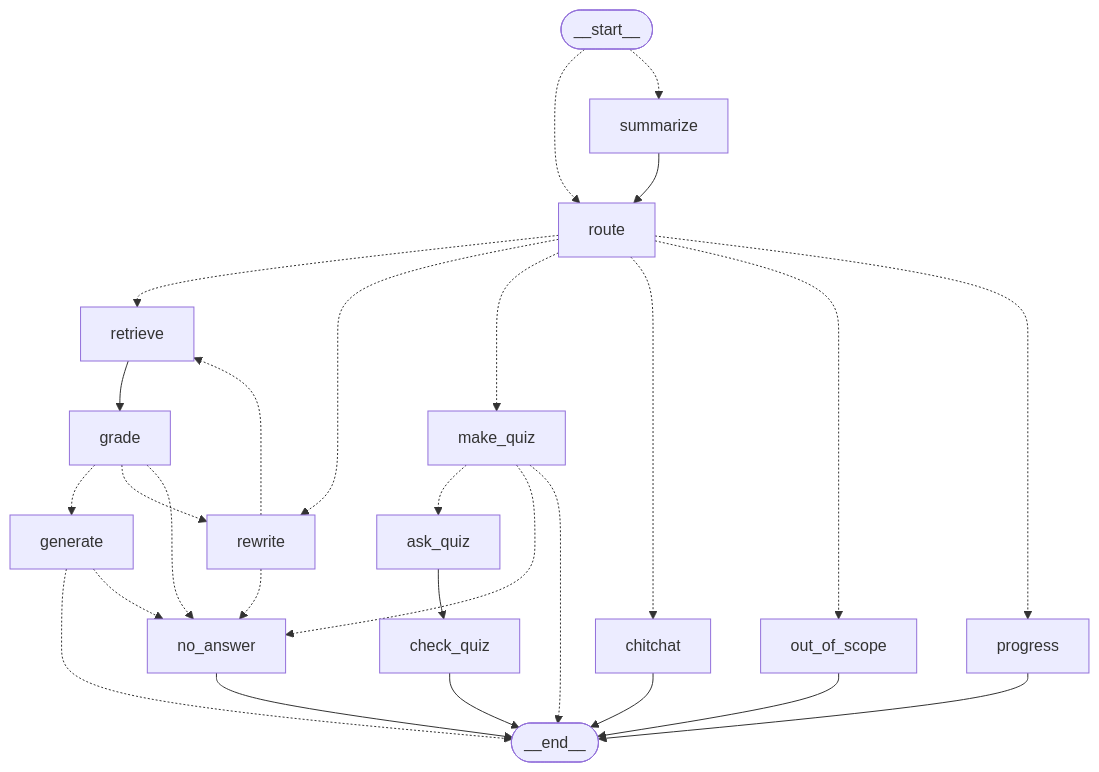
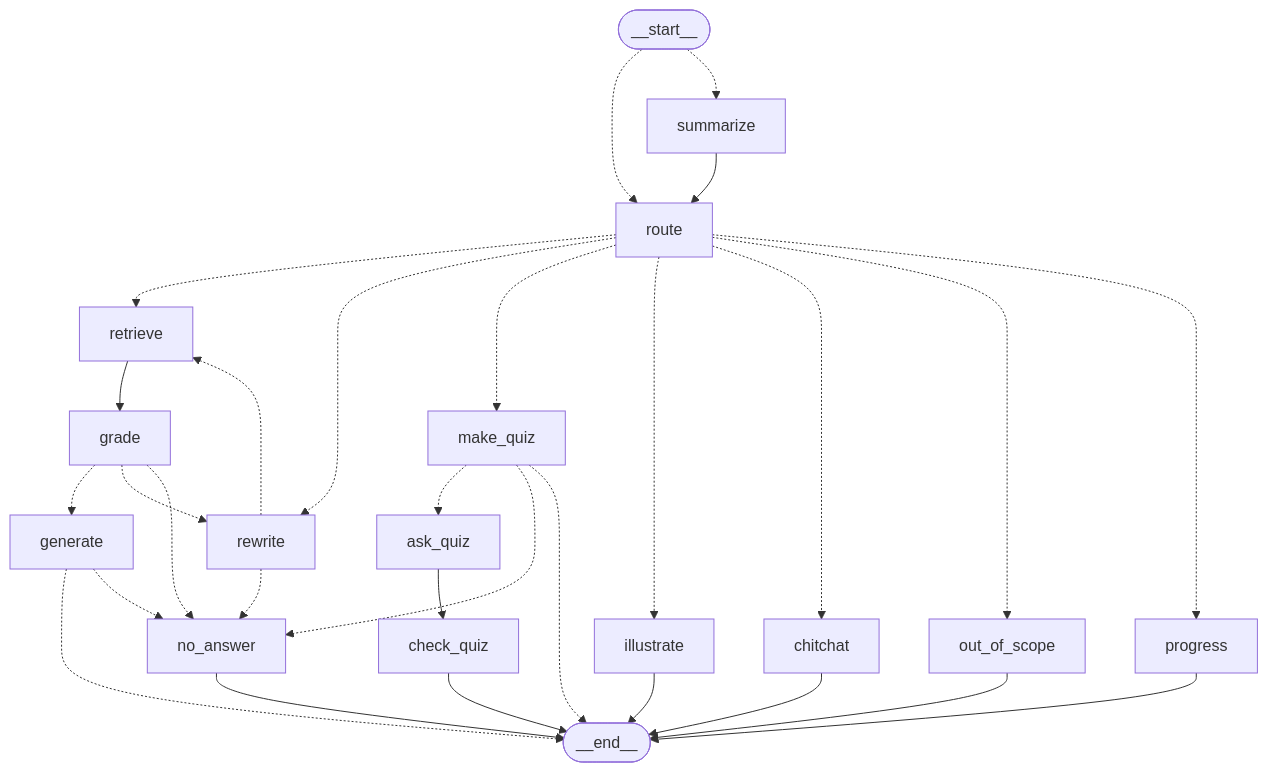
The diagram in README.md (pogl2007/langGraph_studyAssistant), drawn with Mermaid before and after one commit. The commit also changed other lines of this file and 1 other file, not shown here.

````diff
--- a/README.md
+++ b/README.md
@@ -23,31 +24,33 @@
 ```mermaid
 graph TD;
 	__start__([__start__]):::first
 	__start__ -.-> route;
 	__start__ -.-> summarize;
 	summarize --> route;
 	route -.-> retrieve;
 	route -.-> rewrite;
 	route -.-> make_quiz;
+	route -.-> illustrate;
 	route -.-> chitchat;
 	route -.-> out_of_scope;
 	route -.-> progress;
 	retrieve --> grade;
 	grade -.-> generate;
 	grade -.-> rewrite;
 	grade -.-> no_answer;
 	rewrite -.-> retrieve;
 	rewrite -.-> no_answer;
 	generate -.-> __end__;
 	generate -.-> no_answer;
 	make_quiz -.-> ask_quiz;
 	make_quiz -.-> no_answer;
 	make_quiz -.-> __end__;
 	ask_quiz --> check_quiz;
 	check_quiz --> __end__;
 	no_answer --> __end__;
+	illustrate --> __end__;
 	chitchat --> __end__;
 	out_of_scope --> __end__;
 	progress --> __end__;
 	__end__([__end__]):::last
 ```
````
